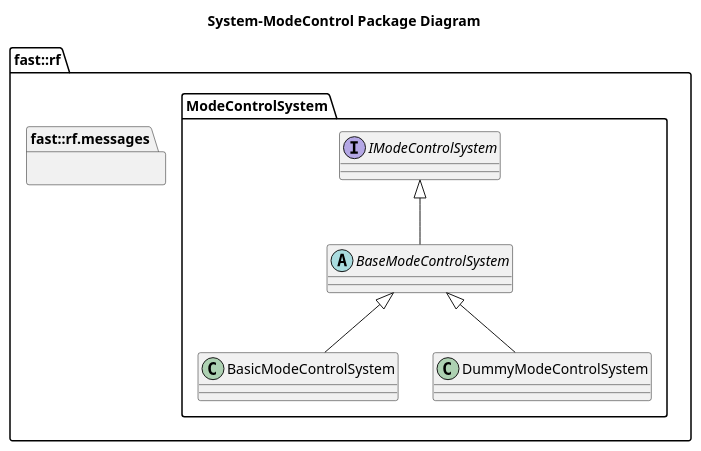
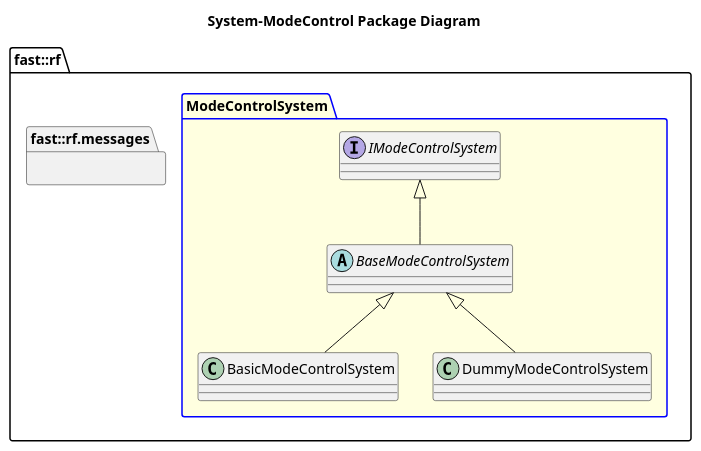
Before and after one commit to fastrobotics/robot_framework: the diagram in Systems/ModeControl/doc/puml/SystemModeControlPackageDiagram.puml, drawn with PlantUML. The commit also changed 64 other files, not shown here.

```diff
--- a/Systems/ModeControl/doc/puml/SystemModeControlPackageDiagram.puml
+++ b/Systems/ModeControl/doc/puml/SystemModeControlPackageDiagram.puml
@@ -1,21 +1,21 @@
 @startuml
 title System-ModeControl Package Diagram
 
 namespace fast::rf {
   namespace messages {}
-  namespace ModeControlSystem {
+  package ModeControlSystem #LightYellow;line:blue {
     interface IModeControlSystem {
     }
     abstract BaseModeControlSystem {
     }
     IModeControlSystem <|-- BaseModeControlSystem
     class BasicModeControlSystem {
 
     }
     BaseModeControlSystem <|-- BasicModeControlSystem
     class DummyModeControlSystem  {
     }
     BaseModeControlSystem <|-- DummyModeControlSystem
   }
 }
 @enduml
```
